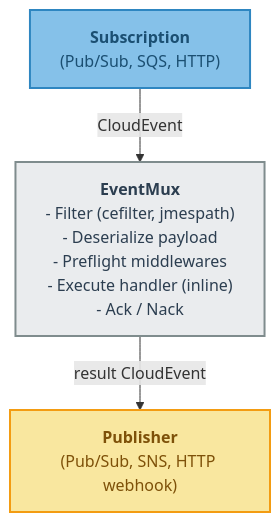
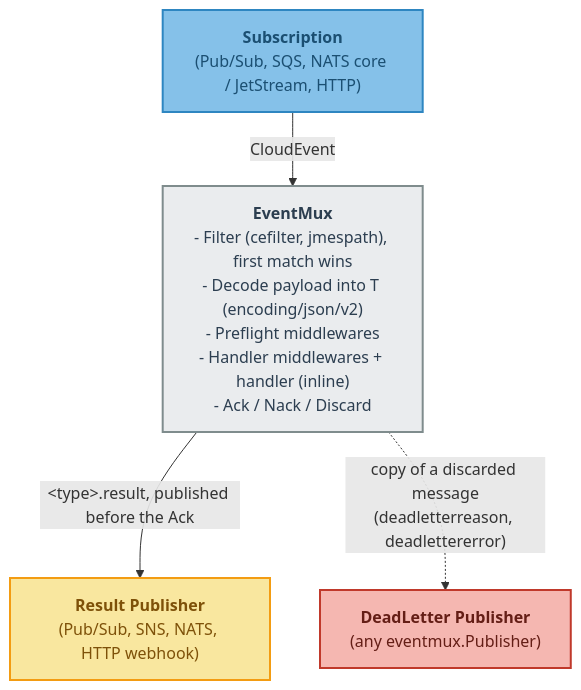
Before and after one commit to norlis/event-driven: the first of 2 diagrams in README.md, drawn with Mermaid. The commit also changed other lines of this file and 139 other files, not shown here.

First line of the commit message:
feat!: v2 — Go 1.27, lifecycle kit, dead-letter policy and SNS structured fallback

````diff
--- a/README.md
+++ b/README.md
@@ -95,13 +141,16 @@
 ```mermaid
 flowchart TD
     classDef subscriber fill:#85C1E9,stroke:#2E86C1,stroke-width:2px,color:#1B4F72
     classDef mux fill:#EAECEE,stroke:#7F8C8D,stroke-width:2px,color:#2C3E50
     classDef publisher fill:#F9E79F,stroke:#F39C12,stroke-width:2px,color:#7E5109
+    classDef deadletter fill:#F5B7B1,stroke:#C0392B,stroke-width:2px,color:#641E16
 
-    A["<b>Subscription</b><br/>(Pub/Sub, SQS, HTTP)"]:::subscriber
-    B["<b>EventMux</b><br/>- Filter (cefilter, jmespath)<br/>- Deserialize payload<br/>- Preflight middlewares<br/>- Execute handler (inline)<br/>- Ack / Nack"]:::mux
-    C["<b>Publisher</b><br/>(Pub/Sub, SNS, HTTP webhook)"]:::publisher
+    A["<b>Subscription</b><br/>(Pub/Sub, SQS, NATS core / JetStream, HTTP)"]:::subscriber
+    B["<b>EventMux</b><br/>- Filter (cefilter, jmespath), first match wins<br/>- Decode payload into T (encoding/json/v2)<br/>- Preflight middlewares<br/>- Handler middlewares + handler (inline)<br/>- Ack / Nack / Discard"]:::mux
+    C["<b>Result Publisher</b><br/>(Pub/Sub, SNS, NATS, HTTP webhook)"]:::publisher
+    D["<b>DeadLetter Publisher</b><br/>(any eventmux.Publisher)"]:::deadletter
 
     A -- "CloudEvent" --> B
-    B -- "result CloudEvent" --> C
+    B -- "#lt;type#gt;.result, published before the Ack" --> C
+    B -. "copy of a discarded message<br/>(deadletterreason, deadlettererror)" .-> D
 ```
````
